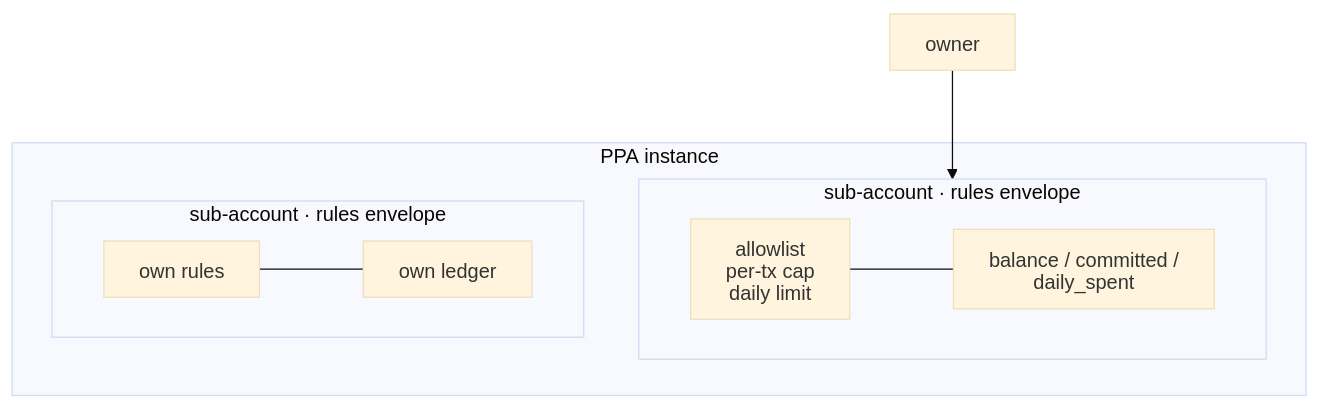
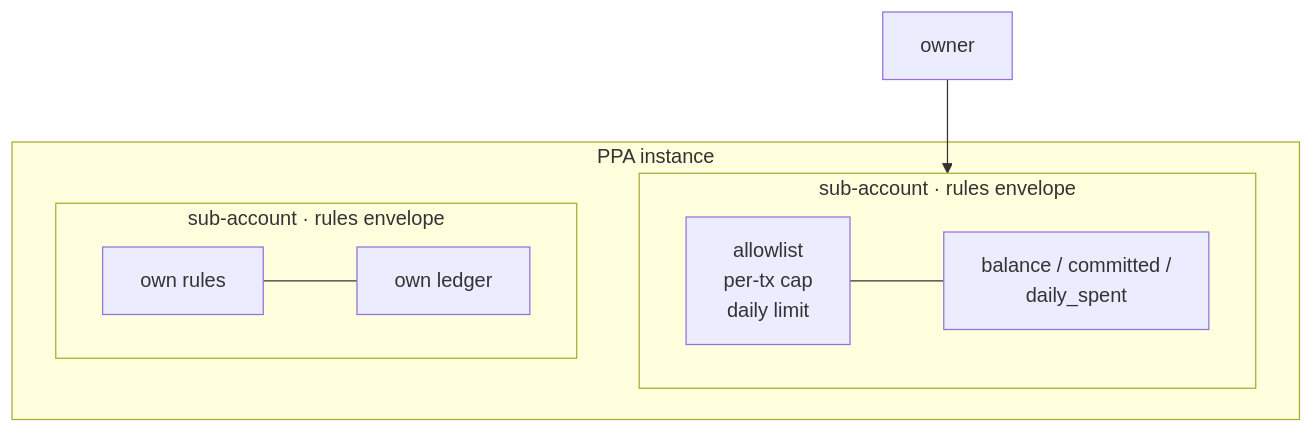
Before and after one commit to etvjay/Nomos: the first of 2 diagrams in primitives/ppa/WHITEPAPER.md, drawn with Mermaid. The commit also changed other lines of this file and 2 other files, not shown here.

Commit message:
whitepapers: drop mermaid init directives — GitHub renderer rejects the config combo and falls back to raw text
Diagram syntax itself validated (renders via mermaid.ink). GitHub's
mermaid sandbox is stricter; default theme renders cleanly without the
directive.

````diff
--- a/primitives/ppa/WHITEPAPER.md
+++ b/primitives/ppa/WHITEPAPER.md
@@ -72,14 +72,13 @@
 ```mermaid
-%%{init: {"theme": "base", "securityLevel": "strict", "htmlLabels": false, "flowchart": {"htmlLabels": false, "curve": "basis", "nodeSpacing": 44, "rankSpacing": 58, "padding": 14}}}%%
 flowchart TB
     OWNER["owner"] --> SA1
     subgraph PPA["PPA instance"]
         subgraph SA1["sub-account · rules envelope"]
             direction LR
             R["allowlist<br/>per-tx cap<br/>daily limit"] --- LED1["balance / committed /<br/>daily_spent"]
         end
         subgraph SA2["sub-account · rules envelope"]
             R2["own rules"] --- LED2["own ledger"]
         end
     end
 ```
````
